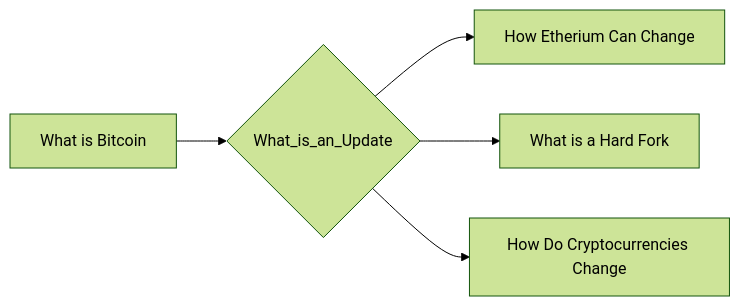
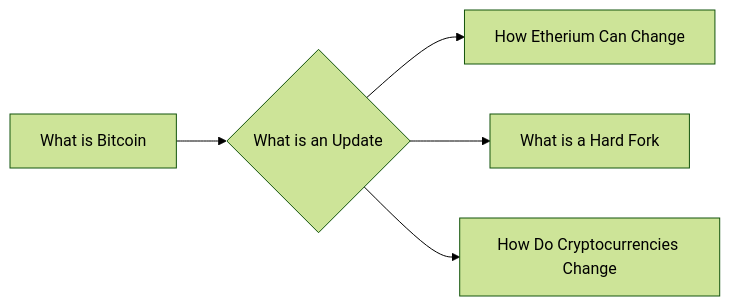
One commit to lpurdy01/crypto-knowledge-map changed the diagram in notes/What_is_an_Update.md. Above: the diagram before and after it, drawn with Mermaid (forest theme). The commit also changed 58 other files, not shown here.

````diff
--- a/notes/What_is_an_Update.md
+++ b/notes/What_is_an_Update.md
@@ -6,7 +6,7 @@
 ```mermaid
 graph LR
-1["What is Bitcoin"]-->0{"What_is_an_Update"}
-0{"What_is_an_Update"}-->2["How Etherium Can Change"]
-0{"What_is_an_Update"}-->3["What is a Hard Fork"]
-0{"What_is_an_Update"}-->4["How Do Cryptocurrencies Change"]
+1["What is Bitcoin"]-->0{"What is an Update"}
+0{"What is an Update"}-->2["How Etherium Can Change"]
+0{"What is an Update"}-->3["What is a Hard Fork"]
+0{"What is an Update"}-->4["How Do Cryptocurrencies Change"]
 ```
````
